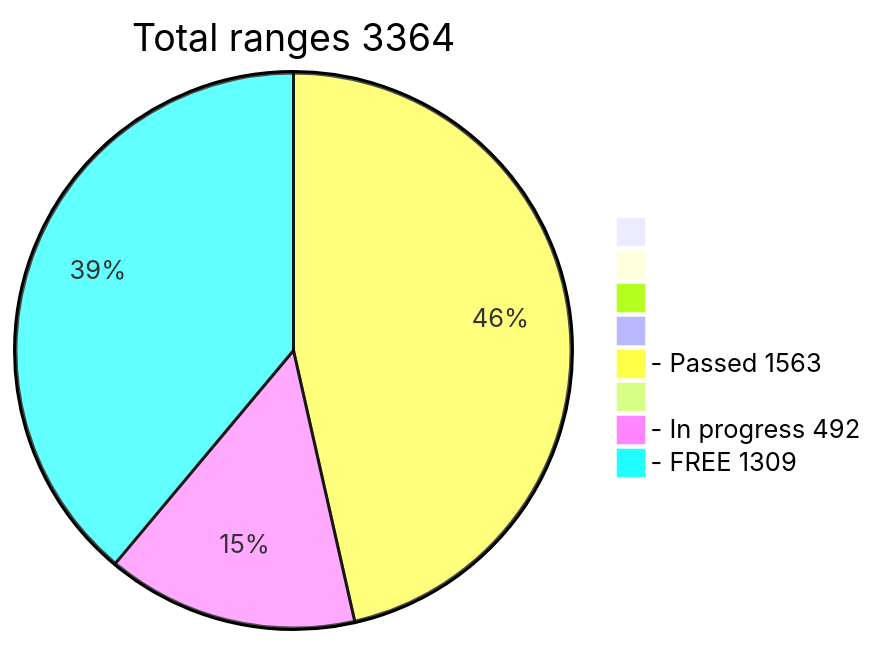
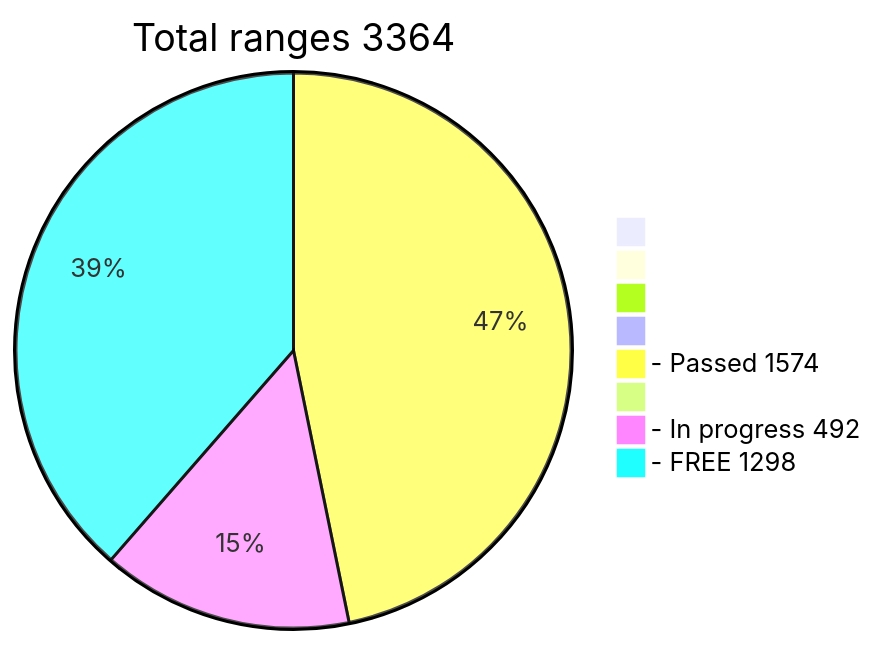
Before and after one commit to phrutis/wif500: the diagram in README.md, drawn with Mermaid.

````diff
--- a/README.md
+++ b/README.md
@@ -16,12 +16,12 @@
 ```mermaid
 pie title Total ranges 3364
              " " : 0
             "  " : 0
            "   " : 0
           "    " : 0
-  "- Passed 1563" : 1563
+  "- Passed 1574" : 1574
          "     " : 0
   "- In progress 492" : 492
-   "- FREE 1309" : 1309
+   "- FREE 1298" : 1298
    
 ```
````
